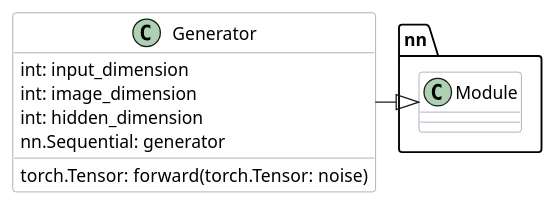
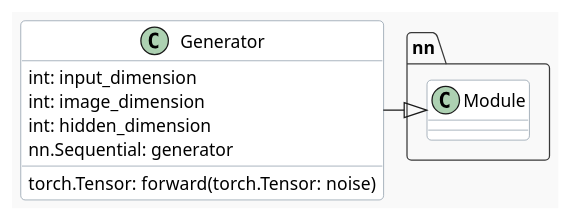
Before and after one commit to necromuralist/Neurotic-Networking: the diagram in posts/gans/01-01-mnist-gan.org, drawn with PlantUML. The commit also changed other lines of this file, not shown here.

```diff
--- a/posts/gans/01-01-mnist-gan.org
+++ b/posts/gans/01-01-mnist-gan.org
@@ -147,12 +146,13 @@
 #+begin_src plantuml :results none :exports results :file ../../files/posts/gans/mnist-gan/generator.png
+!theme mars
 class nn.Module #white;line:lightslategray
 Generator -|> nn.Module
 class Generator #white;line:lightslategray {
  int: input_dimension
  int: image_dimension
  int: hidden_dimension
  nn.Sequential: generator
 
  torch.Tensor: forward(torch.Tensor: noise)
 }
 #+end_src
```
